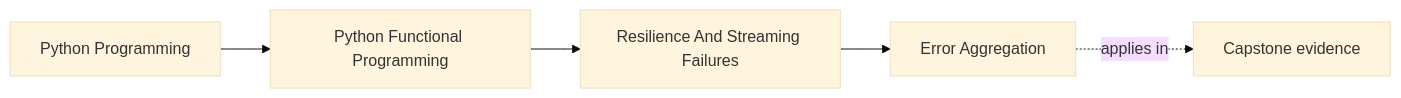
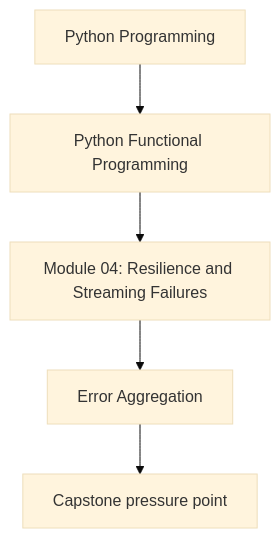
Before and after one commit to bijux/bijux-masterclass: the first of 2 diagrams in programs/python-programming/python-functional-programming/course-book/module-04-resilience-and-streaming-failures/error-aggregation.md, drawn with Mermaid (base theme). The commit also changed other lines of this file and 118 other files, not shown here.

Commit message:
docs(python-functional-programming): align concept page diagrams

````diff
--- a/programs/python-programming/python-functional-programming/course-book/module-04-resilience-and-streaming-failures/error-aggregation.md
+++ b/programs/python-programming/python-functional-programming/course-book/module-04-resilience-and-streaming-failures/error-aggregation.md
@@ -7,11 +7,7 @@
 ```mermaid
-graph LR
-  family["Python Programming"]
-  program["Python Functional Programming"]
-  section["Resilience And Streaming Failures"]
-  page["Error Aggregation"]
-  capstone["Capstone evidence"]
-
-  family --> program --> section --> page
-  page -.applies in.-> capstone
+flowchart TD
+  family["Python Programming"] --> program["Python Functional Programming"]
+  program --> module["Module 04: Resilience and Streaming Failures"]
+  module --> concept["Error Aggregation"]
+  concept --> capstone["Capstone pressure point"]
 ```
````
